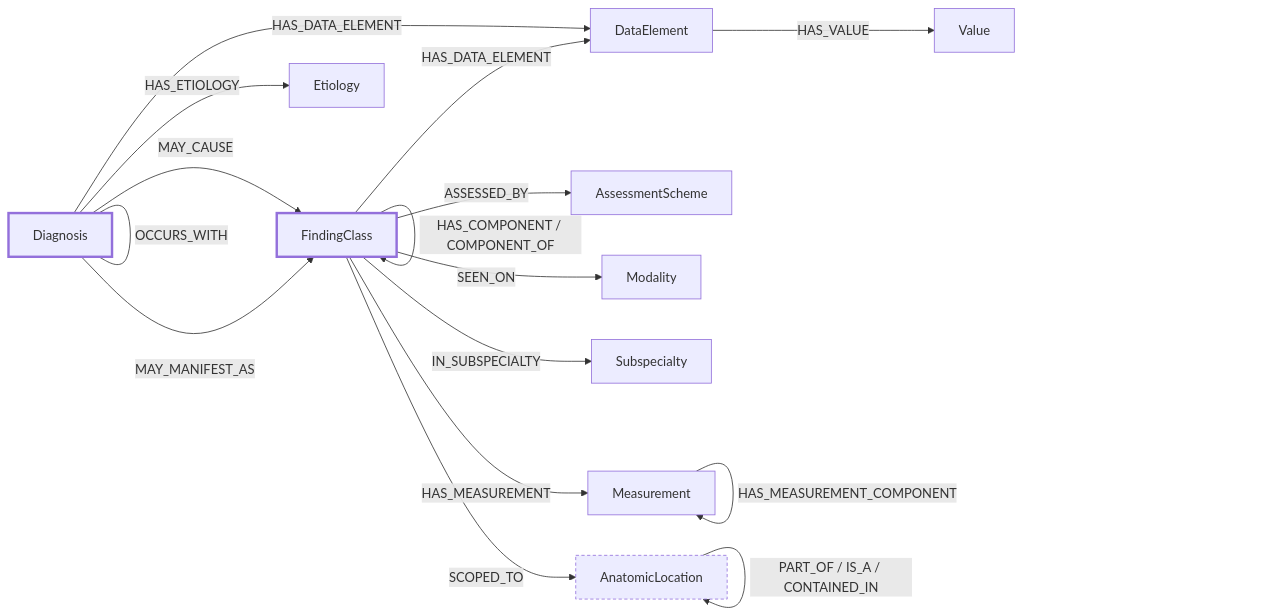
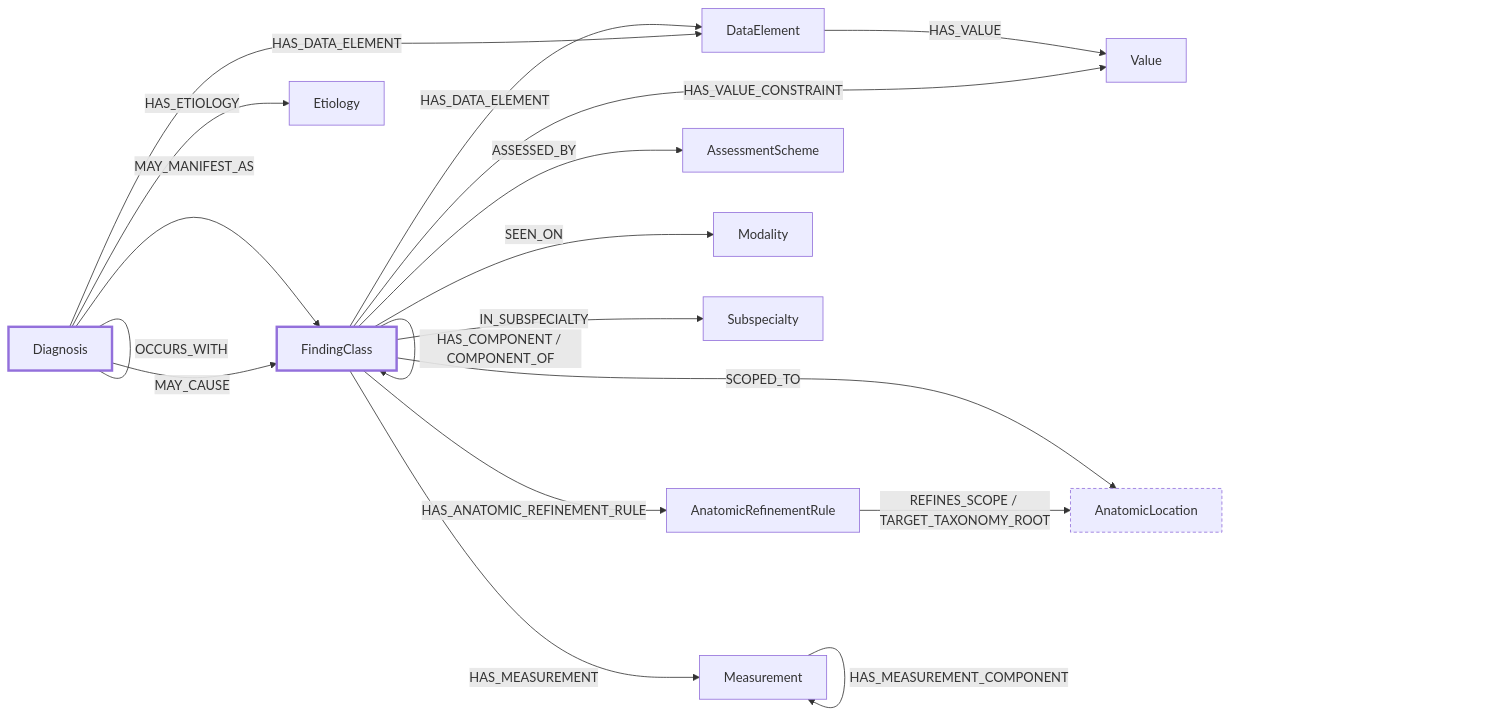
The diagram in docs/next-gen-schema/alpha/SHAPE.md (RSNA/ACR-RSNA-CDEs), drawn with Mermaid before and after one commit. The commit also changed other lines of this file and 99 other files, not shown here.

````diff
--- a/docs/next-gen-schema/alpha/SHAPE.md
+++ b/docs/next-gen-schema/alpha/SHAPE.md
@@ -33,34 +33,36 @@
 ```mermaid
 graph LR
   DX[Diagnosis]:::core
   FC[FindingClass]:::core
   DE[DataElement]
   V[Value]
   MS[Measurement]
   AL[AnatomicLocation]:::imp
   AS[AssessmentScheme]
   ET[Etiology]
   MD[Modality]
   SP[Subspecialty]
 
   DX -->|MAY_MANIFEST_AS| FC
   DX -->|MAY_CAUSE| FC
   DX -->|MAY_PROGRESS_TO| DX
   DX -->|HAS_ETIOLOGY| ET
   FC ---|OCCURS_WITH| FC
   DX ---|OCCURS_WITH| DX
   FC -->|SUBTYPE_OF| FC
   FC -->|HAS_COMPONENT / COMPONENT_OF| FC
   FC -->|HAS_DATA_ELEMENT| DE
   DX -->|HAS_DATA_ELEMENT| DE
   DE -->|HAS_VALUE| V
+  FC -->|HAS_VALUE_CONSTRAINT| V
   FC -->|HAS_MEASUREMENT| MS
   MS -->|HAS_MEASUREMENT_COMPONENT| MS
   FC -->|SCOPED_TO| AL
-  AL -->|PART_OF / IS_A / CONTAINED_IN| AL
+  FC -->|HAS_ANATOMIC_REFINEMENT_RULE| RR[AnatomicRefinementRule]
+  RR -->|REFINES_SCOPE / TARGET_TAXONOMY_ROOT| AL
   FC -->|ASSESSED_BY| AS
   FC -->|SEEN_ON| MD
   FC -->|IN_SUBSPECIALTY| SP
   classDef core stroke-width:3px
   classDef imp stroke-dasharray:4 3
 ```
````
